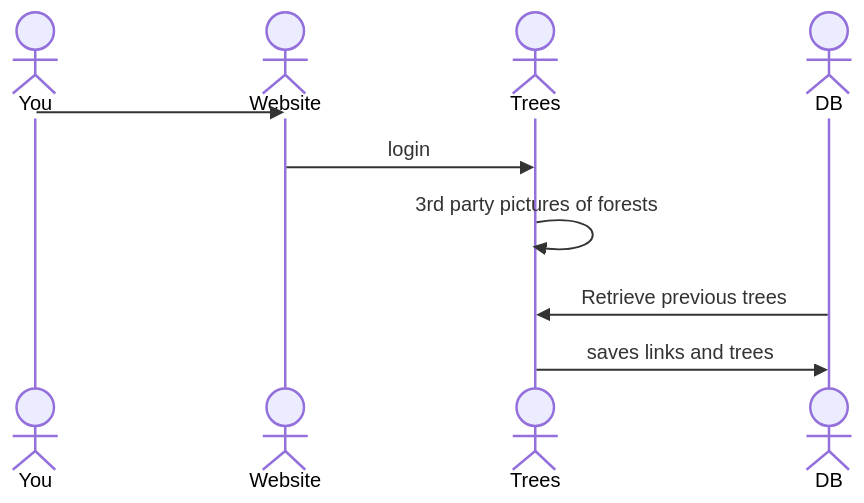
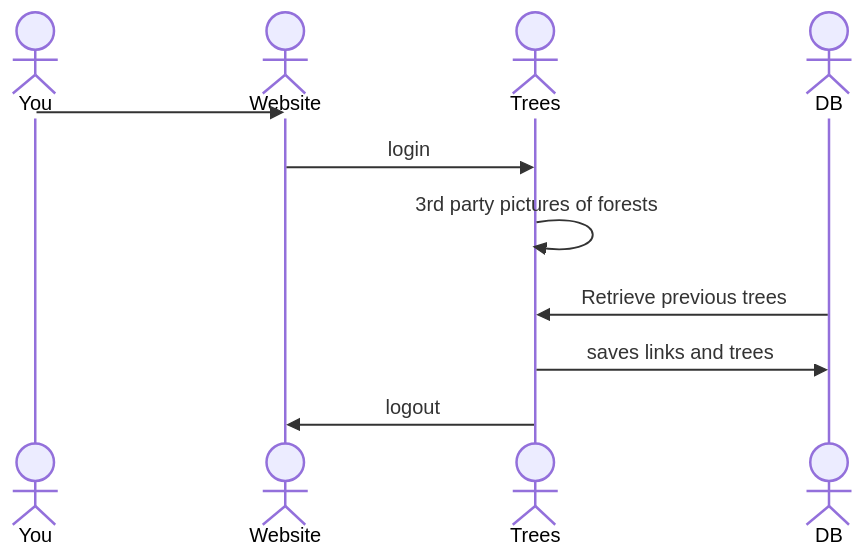
One commit to birdman0728/startup changed the diagram in README.md. Above: the diagram before and after it, drawn with Mermaid.

Commit message:
changing tree

````diff
--- a/README.md
+++ b/README.md
@@ -27,12 +27,13 @@
 ```mermaid
 sequenceDiagram
     actor You
     actor Website
     actor Trees
     actor DB
     You->>Website:
     Website->>Trees: login
     Trees->>Trees: 3rd party pictures of forests
     DB->>Trees: Retrieve previous trees
     Trees->>DB: saves links and trees
+    Trees->>Website: logout
 ```
````
